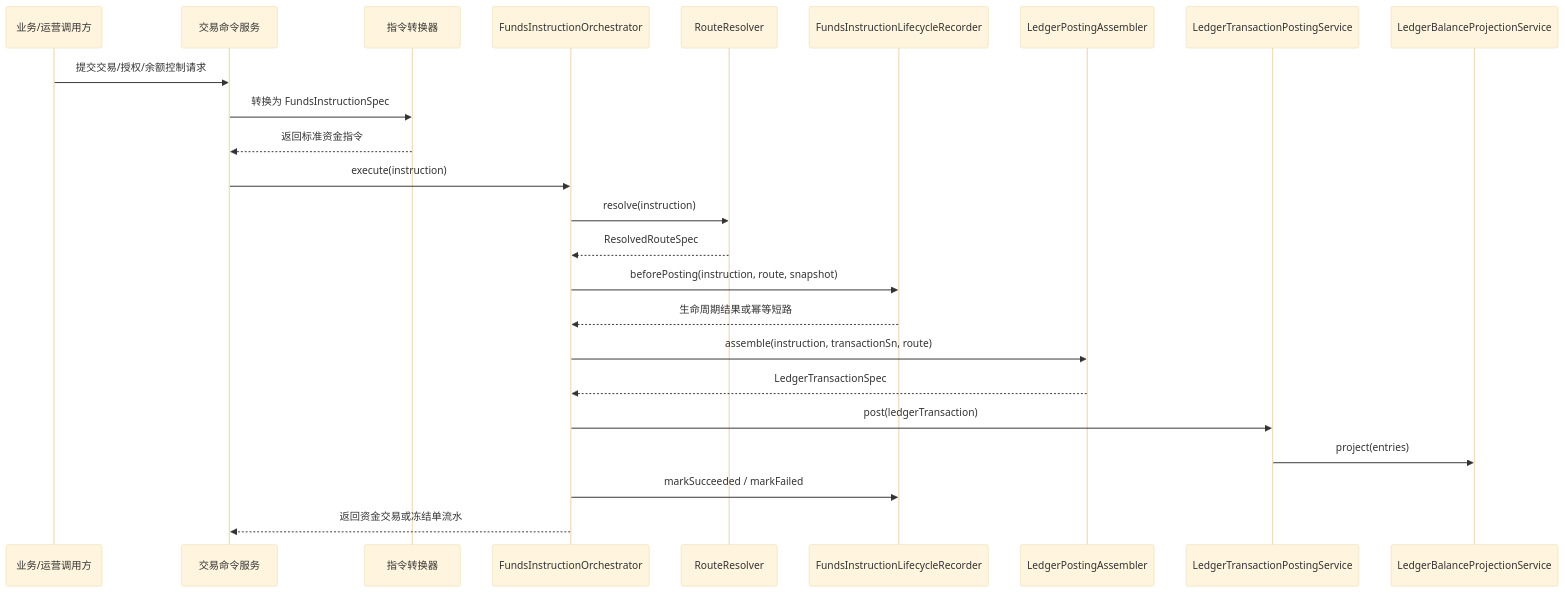
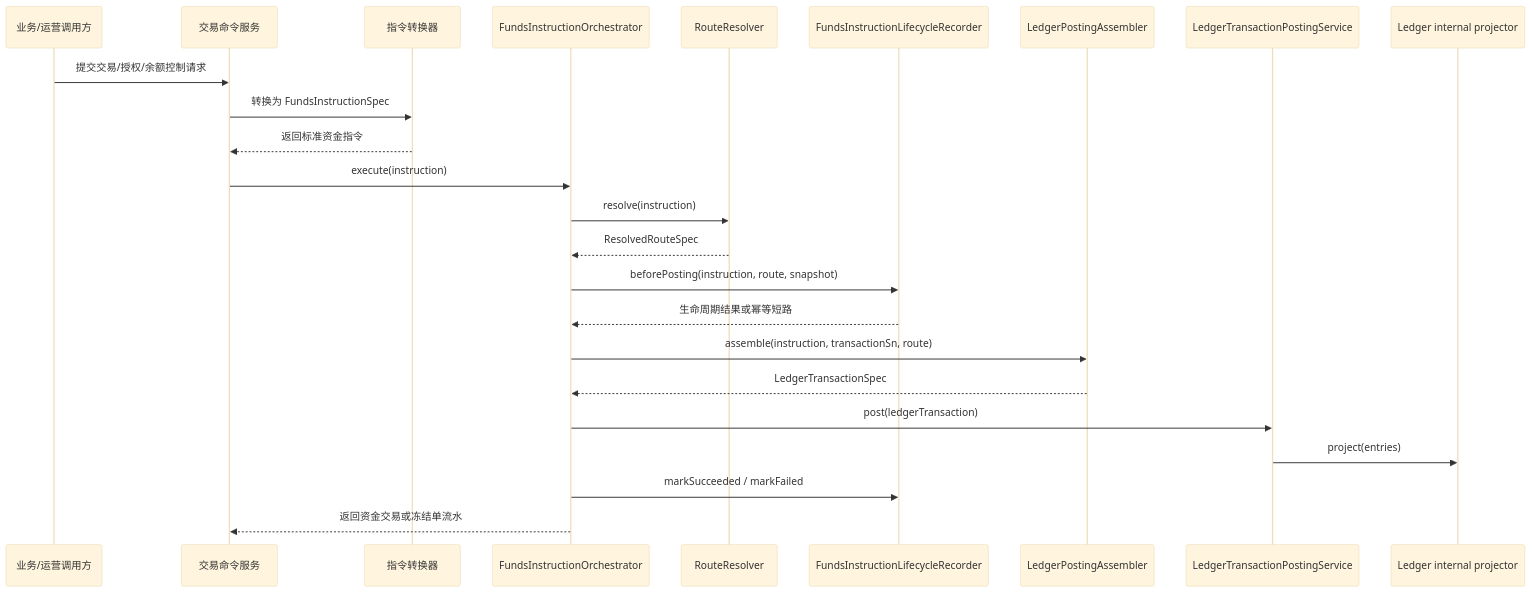
One commit to fengwuxp/wind-funds changed the fourth of 6 diagrams in docs/系分设计/01-系分设计总览.md. Above: the diagram before and after it, drawn with Mermaid (base theme). The commit also changed other lines of this file and 76 other files, not shown here.

````diff
--- a/docs/系分设计/01-系分设计总览.md
+++ b/docs/系分设计/01-系分设计总览.md
@@ -393,27 +393,27 @@
 ```mermaid
 sequenceDiagram
     participant Caller as 业务/运营调用方
     participant Cmd as 交易命令服务
     participant Conv as 指令转换器
     participant Orch as FundsInstructionOrchestrator
     participant Route as RouteResolver
     participant Life as FundsInstructionLifecycleRecorder
     participant Asm as LedgerPostingAssembler
     participant Ledger as LedgerTransactionPostingService
-    participant Projection as LedgerBalanceProjectionService
+    participant Projection as Ledger internal projector
 
     Caller->>Cmd: 提交交易/授权/余额控制请求
     Cmd->>Conv: 转换为 FundsInstructionSpec
     Conv-->>Cmd: 返回标准资金指令
     Cmd->>Orch: execute(instruction)
     Orch->>Route: resolve(instruction)
     Route-->>Orch: ResolvedRouteSpec
     Orch->>Life: beforePosting(instruction, route, snapshot)
     Life-->>Orch: 生命周期结果或幂等短路
     Orch->>Asm: assemble(instruction, transactionSn, route)
     Asm-->>Orch: LedgerTransactionSpec
     Orch->>Ledger: post(ledgerTransaction)
     Ledger->>Projection: project(entries)
     Orch->>Life: markSucceeded / markFailed
     Orch-->>Cmd: 返回资金交易或冻结单流水
 ```
````
